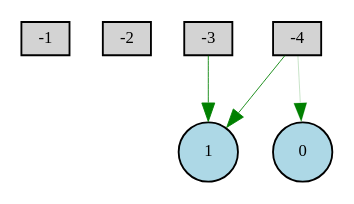
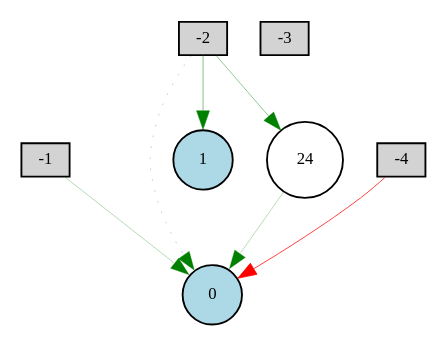
Before and after one commit to thomashiemstra/openAI_gym: the diagram in NEAT/cartpole/Digraph.gv, drawn with Graphviz. The commit also changed 5 other files, not shown here.

```diff
--- a/NEAT/cartpole/Digraph.gv
+++ b/NEAT/cartpole/Digraph.gv
@@ -1,12 +1,16 @@
 digraph {
 	node [fontsize=9 height=0.2 shape=circle width=0.2]
 	-1 [fillcolor=lightgray shape=box style=filled]
 	-2 [fillcolor=lightgray shape=box style=filled]
 	-3 [fillcolor=lightgray shape=box style=filled]
 	-4 [fillcolor=lightgray shape=box style=filled]
 	0 [fillcolor=lightblue style=filled]
 	1 [fillcolor=lightblue style=filled]
-	-4 -> 1 [color=green penwidth=0.4665199741446837 style=solid]
-	-4 -> 0 [color=green penwidth=0.11834410909104896 style=solid]
-	-3 -> 1 [color=green penwidth=0.46999910714170723 style=solid]
+	24 [fillcolor=white style=filled]
+	-2 -> 1 [color=green penwidth=0.2684712755676298 style=solid]
+	-1 -> 0 [color=green penwidth=0.16343013687386565 style=solid]
+	-4 -> 0 [color=red penwidth=0.40256649127005917 style=solid]
+	-2 -> 0 [color=green penwidth=0.14604476673746697 style=dotted]
+	-2 -> 24 [color=green penwidth=0.23073146214678017 style=solid]
+	24 -> 0 [color=green penwidth=0.1495606114834896 style=solid]
 }
```
